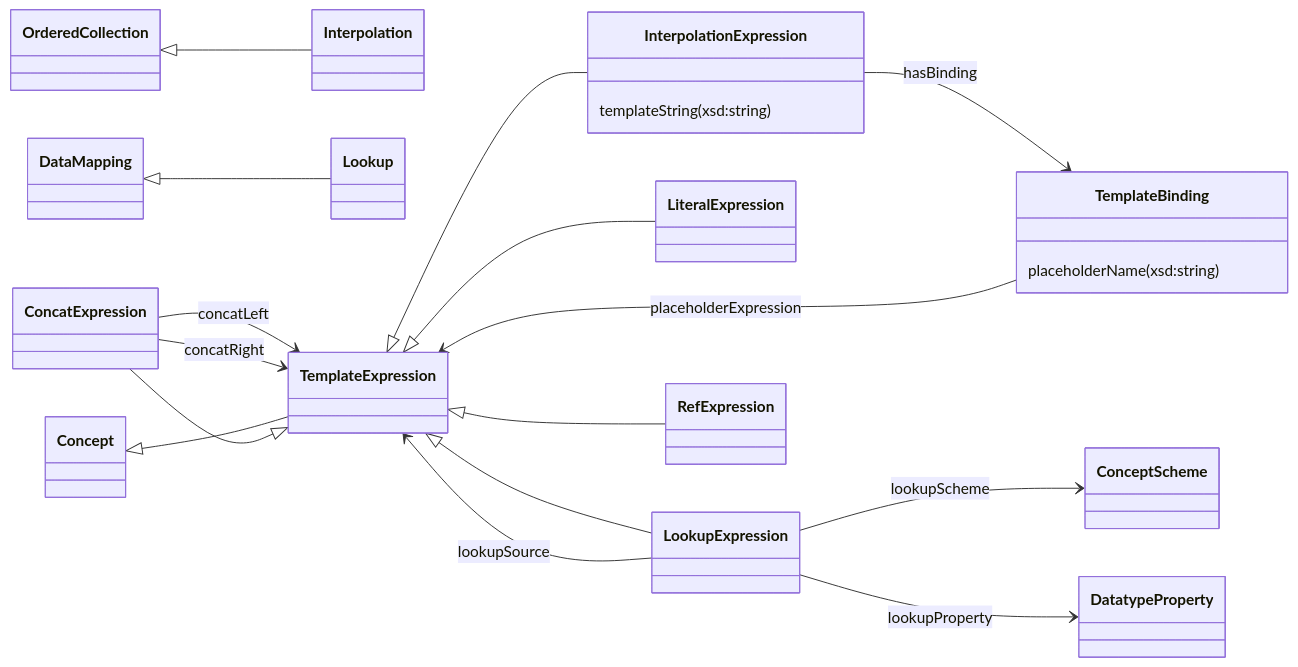
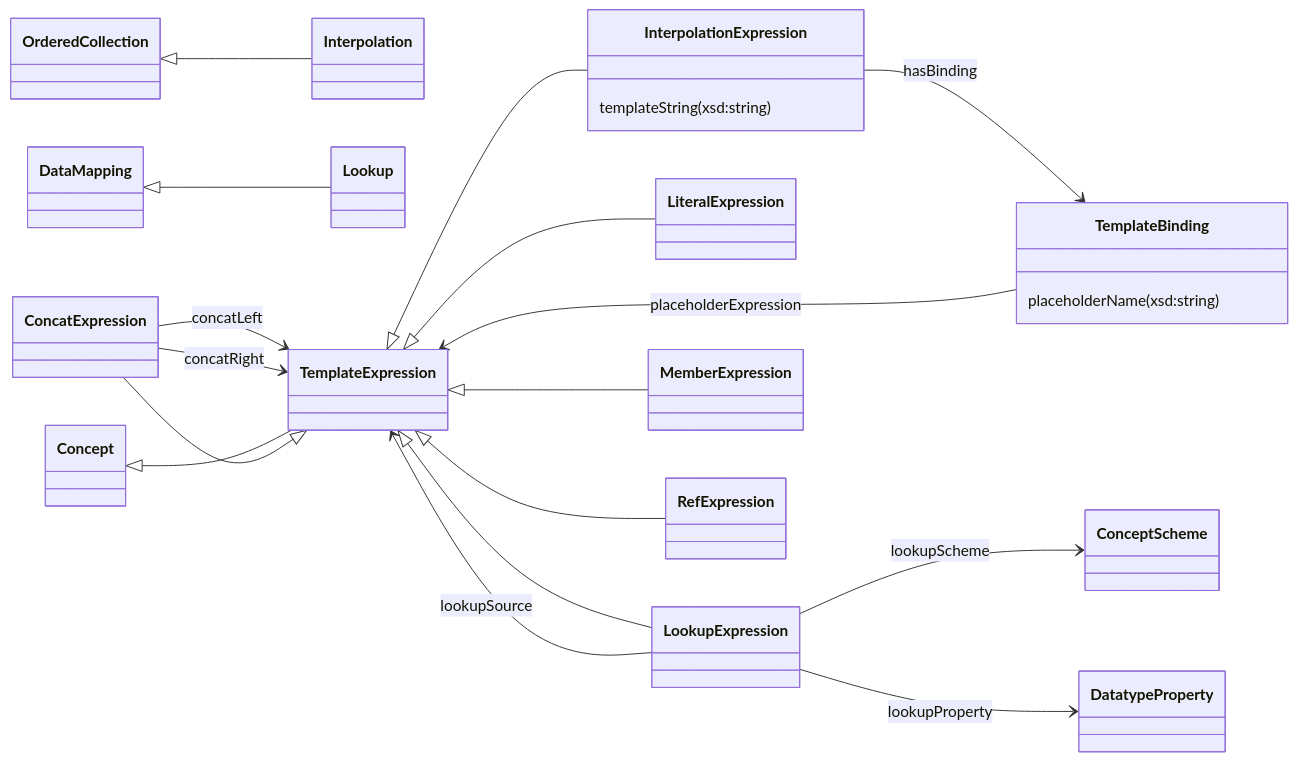
One commit to nebularis/lattice changed the seventh of 16 diagrams in ontology/mork/README.md. Above: the diagram before and after it, drawn with Mermaid. The commit also changed other lines of this file and 32 other files, not shown here.

````diff
--- a/ontology/mork/README.md
+++ b/ontology/mork/README.md
@@ -374,37 +378,39 @@
 ```mermaid
 classDiagram
     direction LR
     class ConcatExpression
     class Concept
     class ConceptScheme
     class DataMapping
     class DatatypeProperty
     class Interpolation
     class InterpolationExpression {
         templateString (xsd:string)
     }
     class LiteralExpression
     class Lookup
     class LookupExpression
+    class MemberExpression
     class OrderedCollection
     class RefExpression
     class TemplateBinding {
         placeholderName (xsd:string)
     }
     class TemplateExpression
     ConcatExpression --> TemplateExpression : concatLeft
     ConcatExpression --> TemplateExpression : concatRight
     Concept <|-- TemplateExpression
     DataMapping <|-- Lookup
     InterpolationExpression --> TemplateBinding : hasBinding
     LookupExpression --> ConceptScheme : lookupScheme
     LookupExpression --> DatatypeProperty : lookupProperty
     LookupExpression --> TemplateExpression : lookupSource
     OrderedCollection <|-- Interpolation
     TemplateBinding --> TemplateExpression : placeholderExpression
     TemplateExpression <|-- ConcatExpression
     TemplateExpression <|-- InterpolationExpression
     TemplateExpression <|-- LiteralExpression
     TemplateExpression <|-- LookupExpression
+    TemplateExpression <|-- MemberExpression
     TemplateExpression <|-- RefExpression
 ```
````
